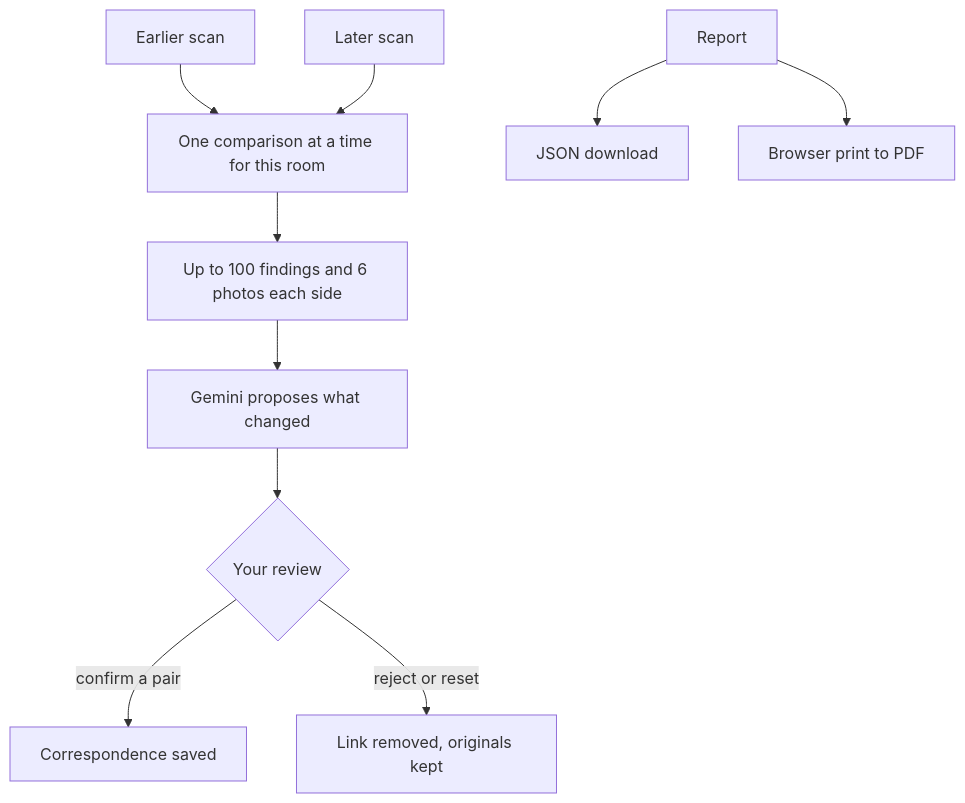
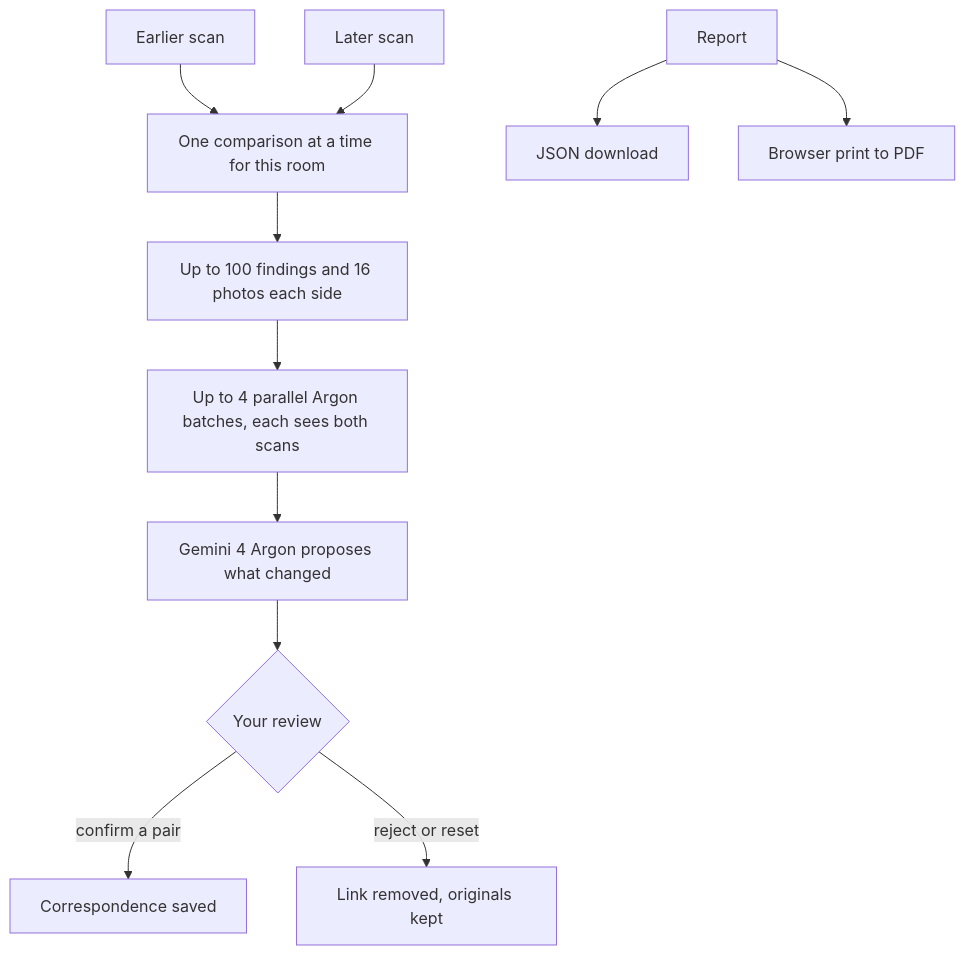
One commit to Borbezzz/Dwelld changed diagram 12 of 12 in README.md. Above: the diagram before and after it, drawn with Mermaid. The commit also changed other lines of this file, not shown here.

First line of the commit message:
README: update architecture, repo layout and features to current source

````diff
--- a/README.md
+++ b/README.md
@@ -557,12 +572,13 @@
 ```mermaid
 flowchart TD
     Earlier["Earlier scan"] --> Lease["One comparison at a time for this room"]
     Later["Later scan"] --> Lease
-    Lease --> Evidence["Up to 100 findings and 6 photos each side"]
-    Evidence --> Gemini["Gemini proposes what changed"]
+    Lease --> Evidence["Up to 100 findings and 16 photos each side"]
+    Evidence --> Batches["Up to 4 parallel Argon batches, each sees both scans"]
+    Batches --> Gemini["Gemini 4 Argon proposes what changed"]
     Gemini --> You{"Your review"}
     You -->|confirm a pair| Link["Correspondence saved"]
     You -->|reject or reset| Off["Link removed, originals kept"]
     Report["Report"] --> Json["JSON download"]
     Report --> Pdf["Browser print to PDF"]
 ```
````
